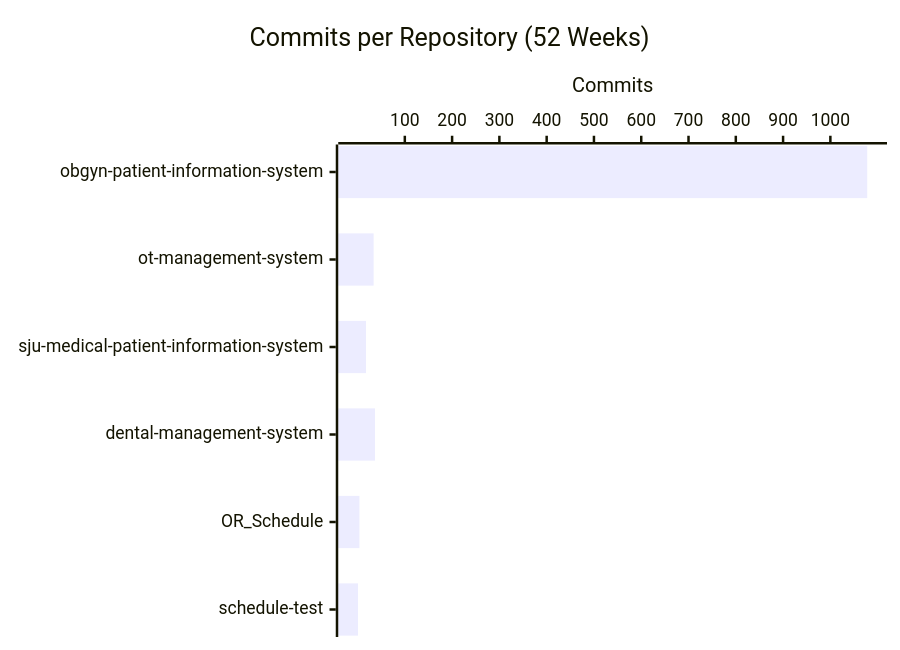
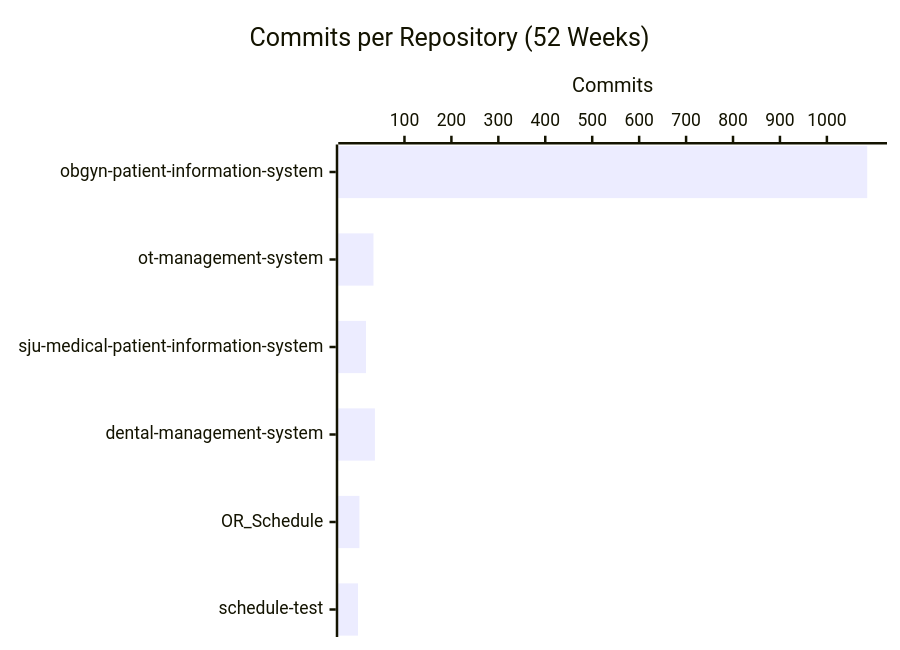
One commit to CSTH-Projects/.github changed the second of 4 diagrams in profile/README.md. Above: the diagram before and after it, drawn with Mermaid. The commit also changed other lines of this file, not shown here.

````diff
--- a/profile/README.md
+++ b/profile/README.md
@@ -24,7 +24,7 @@
 ```mermaid
 xychart-beta horizontal
     title "Commits per Repository (52 Weeks)"
     x-axis ["obgyn-patient-information-system", "ot-management-system", "sju-medical-patient-information-system", "dental-management-system", "OR_Schedule", "schedule-test"]
     y-axis "Commits"
-    bar [1078, 34, 18, 37, 4, 1]
+    bar [1086, 34, 18, 37, 4, 1]
 ```
````
